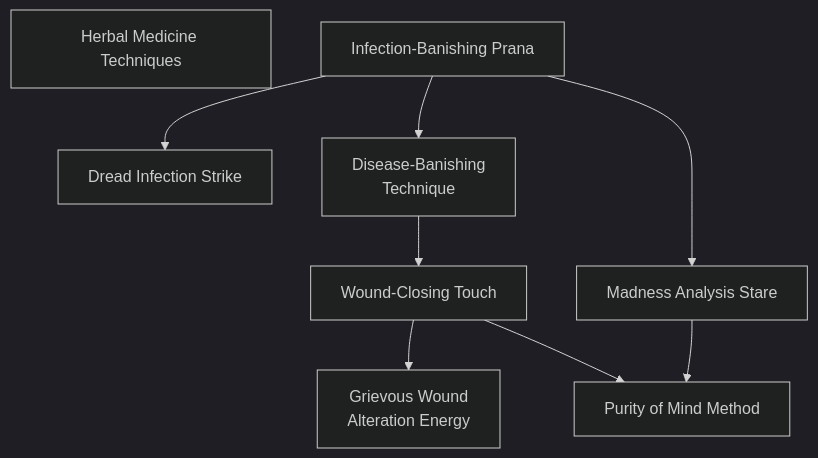
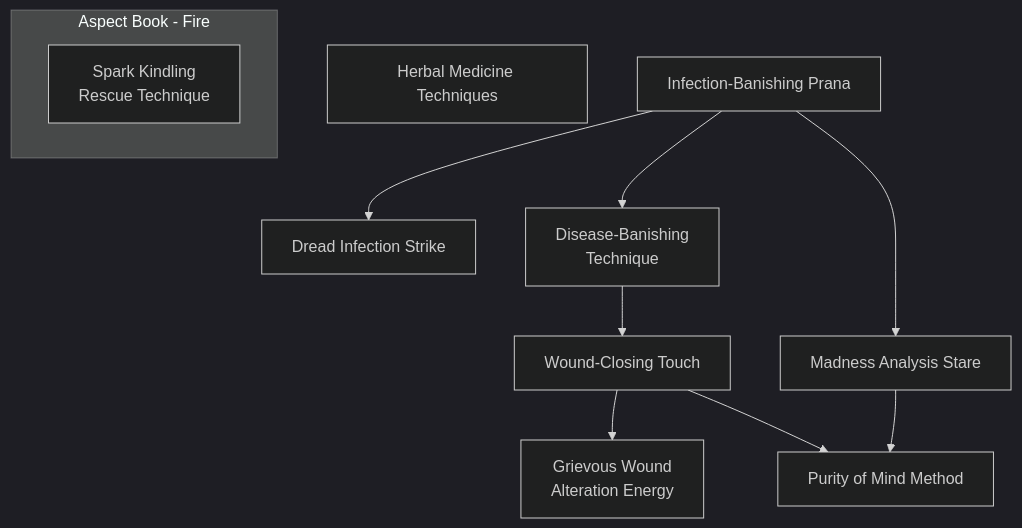
The diagram in docs/mermaid/dragon_blooded/wood_medicine_2.mmd (jrobichaud/exalted-charms-1e), drawn with Mermaid before and after one commit. The commit also changed 5 other files, not shown here.

Commit message:
Aspect book Fire

```diff
--- a/docs/mermaid/dragon_blooded/wood_medicine_2.mmd
+++ b/docs/mermaid/dragon_blooded/wood_medicine_2.mmd
@@ -245,3 +245,36 @@
         Emerald Countermagic. Like Madness-Analyzing Stare,
         this Charm is powerless in the face of the Great Curse.
         "
+
+subgraph Aspect Book - Fire
+    spark_kindling_rescue_technique[Spark Kindling<br>Rescue Technique]
+    click spark_kindling_rescue_technique callback "
+        Spark Kindling Rescue Technique<br>
+        <br>
+        Cost: 5 motes<br>
+        Duration: Varies<br>
+        Type: Simple<br>
+        Minimum Medicine: 2<br>
+        Minimum Essence: 2<br>
+        Prerequisite Charms: None<br>
+        <br>
+        Dynasts in the Cathak legions developed this Charm
+        as a means of retrieving fallen comrades from the field of
+        battle. By sending a potent surge of Essence through the
+        target's body, the Fire Aspect sparks an incapacitated
+        target into furious action for three turns for every success
+        on a Strength + Medicine roll. The target does not regain
+        consciousness and cannot take actions of his own, so the
+        Exalt using this Charm must guide the target's somewhat
+        uncoordinated running, but the target can move at his
+        maximum speed for the duration of this Charm, provided
+        the Exalt guides him around obstacles. Targets affected by
+        this Charm are, albeit only briefly, stabilized and will not
+        lose blood again until three turns after the Charm concludes.
+        If the target takes damage beyond the maximum
+        dictated by his Stamina while this Charm is in effect, he
+        dies the moment the Charm concludes.<br>
+        For the rules on death and dying, see page 233 of
+        Exalted.
+        "
+end
```
